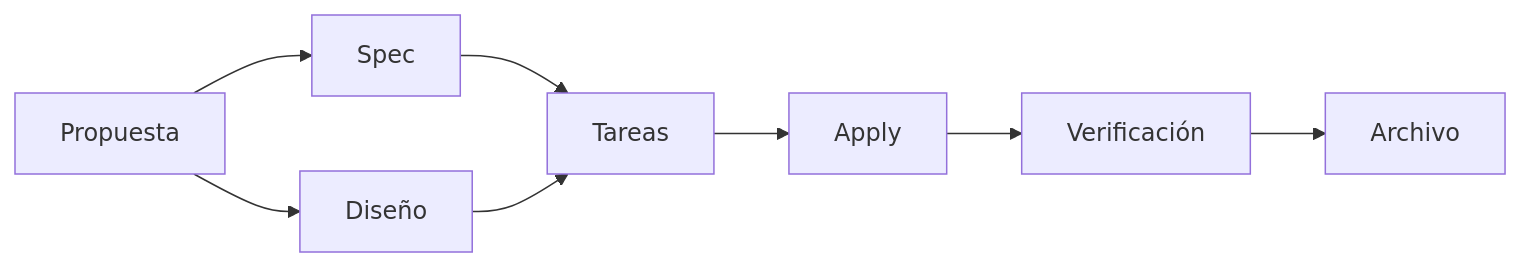
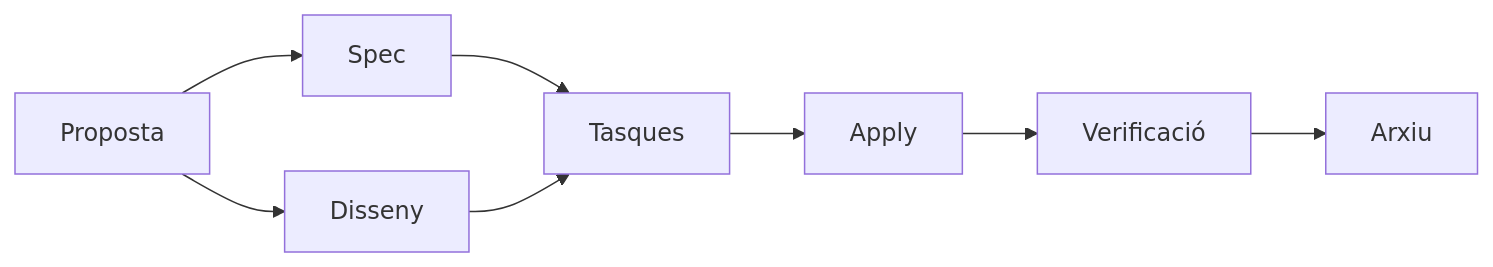
Before and after one commit to VoraStudio/voraData: the diagram in docs/sdd/fases.md, drawn with Mermaid. The commit also changed other lines of this file and 11 other files, not shown here.

````diff
--- a/docs/sdd/fases.md
+++ b/docs/sdd/fases.md
@@ -7,10 +7,10 @@
 ```mermaid
 graph LR
-    A[Propuesta] --> B[Spec]
-    A --> C[Diseño]
-    B --> D[Tareas]
+    A[Proposta] --> B[Spec]
+    A --> C[Disseny]
+    B --> D[Tasques]
     C --> D
     D --> E[Apply]
-    E --> F[Verificación]
-    F --> G[Archivo]
+    E --> F[Verificació]
+    F --> G[Arxiu]
 ```
````
